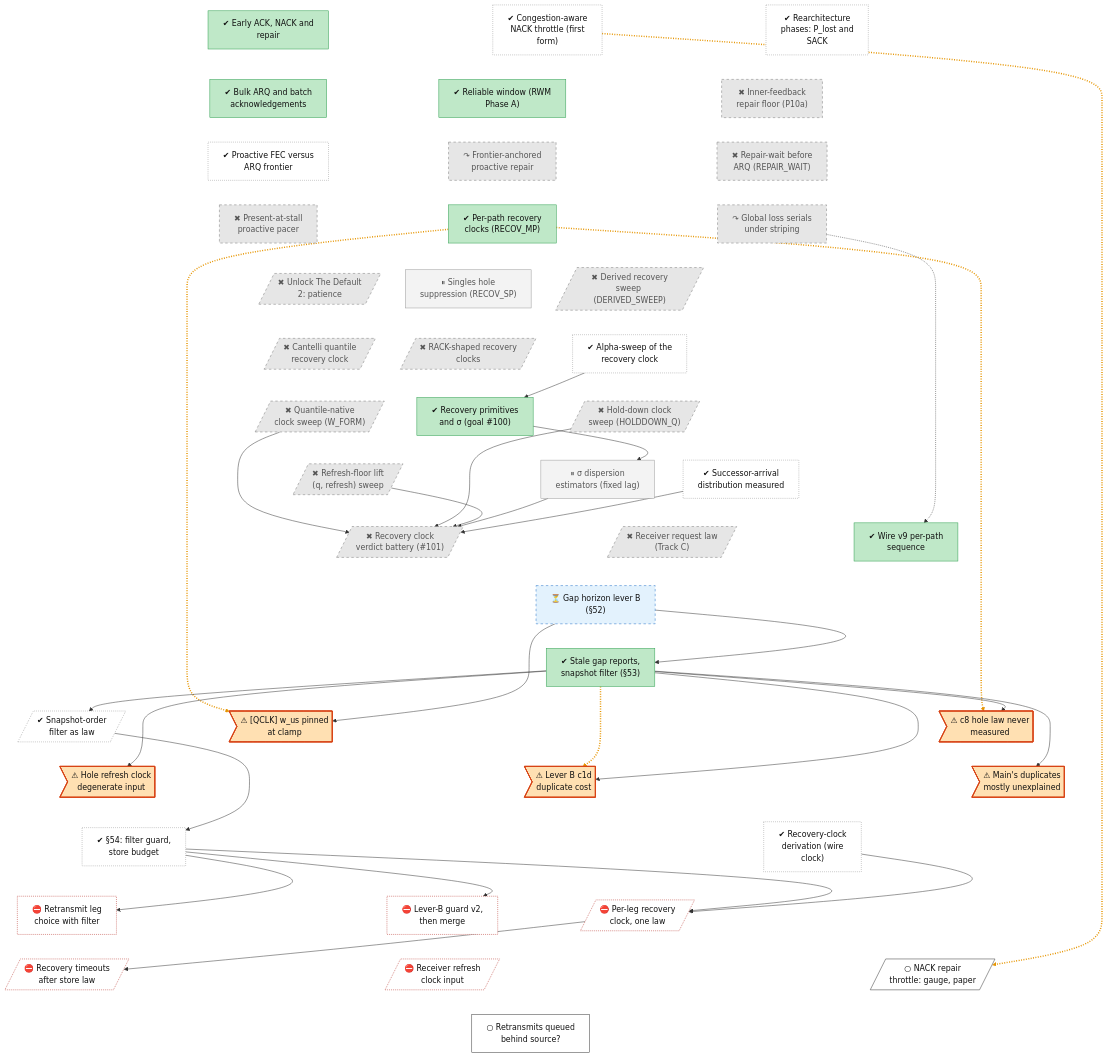
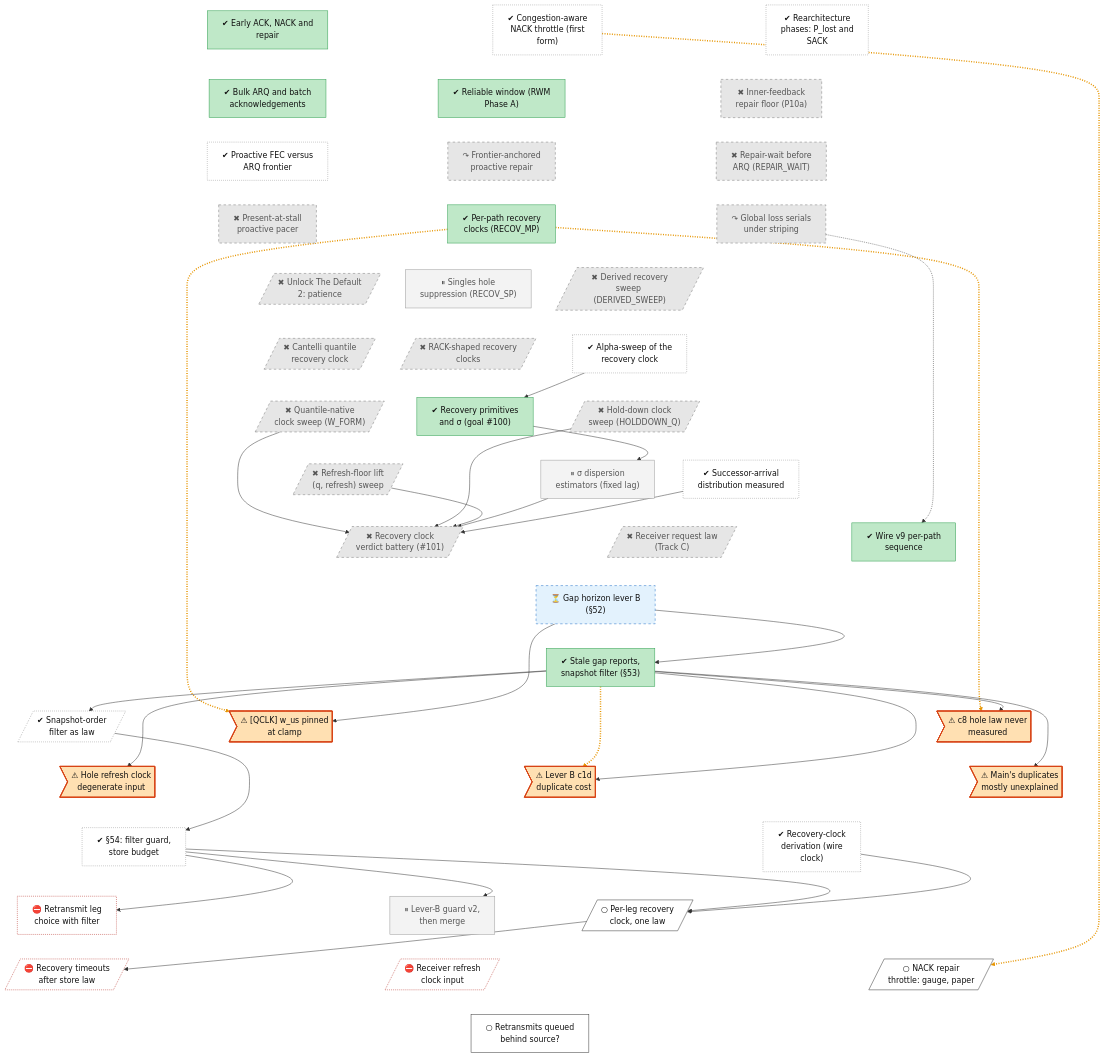
The diagram in docs/roadmap/tracks/rec.md (lhns/raptorpath), drawn with Mermaid before and after one commit. The commit also changed other lines of this file and 13 other files, not shown here.

````diff
--- a/docs/roadmap/tracks/rec.md
+++ b/docs/roadmap/tracks/rec.md
@@ -47,8 +47,8 @@
     rec_s54_session["✔ #167;54: filter guard,<br/>store budget"]
     rec_wire_clock_derivation["✔ Recovery-clock<br/>derivation (wire<br/>clock)"]
     rec_w0_leg_question["⛔ Retransmit leg<br/>choice with filter"]
-    rec_leverb_guard["⛔ Lever-B guard v2,<br/>then merge"]
-    rec_fix_perleg_clock_n1[/"⛔ Per-leg recovery<br/>clock, one law"/]
+    rec_leverb_guard["⏸ Lever-B guard v2,<br/>then merge"]
+    rec_fix_perleg_clock_n1[/"○ Per-leg recovery<br/>clock, one law"/]
     rec_recovery_timeouts[/"⛔ Recovery timeouts<br/>after store law"/]
     rec_fix_refresh_clock[/"⛔ Receiver refresh<br/>clock input"/]
     rec_fix_nack_throttle[/"○ NACK repair<br/>throttle: gauge, paper"/]
@@ -141,9 +141,9 @@
     class rec_early_arq,rec_bulk_arq,rec_reliable_window,rec_per_path_clocks,rec_goal100,rec_wire_v9,rec_snapver_filter succ
     class rec_nack_congestion,rec_plost_sack,rec_fec_vs_arq,rec_alpha_sweep,rec_successor_arrival,rec_snapver_law,rec_s54_session,rec_wire_clock_derivation unrated
     class rec_p10a_repair_floor,rec_inline_repair,rec_proactive_repair,rec_present_at_stall,rec_mp_serial,rec_patience_derived,rec_clock_candidates,rec_rack_clocks,rec_cantelli_clock,rec_qnative_clock,rec_holddown_clock,rec_refresh_floor,rec_goal101,rec_receiver_law dead
-    class rec_recov_sp,rec_dispersion_est parked
+    class rec_recov_sp,rec_dispersion_est,rec_leverb_guard parked
     class rec_gap_horizon waiting
     class rec_defect_qclk_clamp,rec_defect_hole_law,rec_defect_refresh_input,rec_leverb_c1d_cost,rec_defect_base_duplicates defect
-    class rec_w0_leg_question,rec_leverb_guard,rec_fix_perleg_clock_n1,rec_recovery_timeouts,rec_fix_refresh_clock blocked
-    class rec_fix_nack_throttle,rec_retx_behind_source next
+    class rec_w0_leg_question,rec_recovery_timeouts,rec_fix_refresh_clock blocked
+    class rec_fix_perleg_clock_n1,rec_fix_nack_throttle,rec_retx_behind_source next
 ```
````
